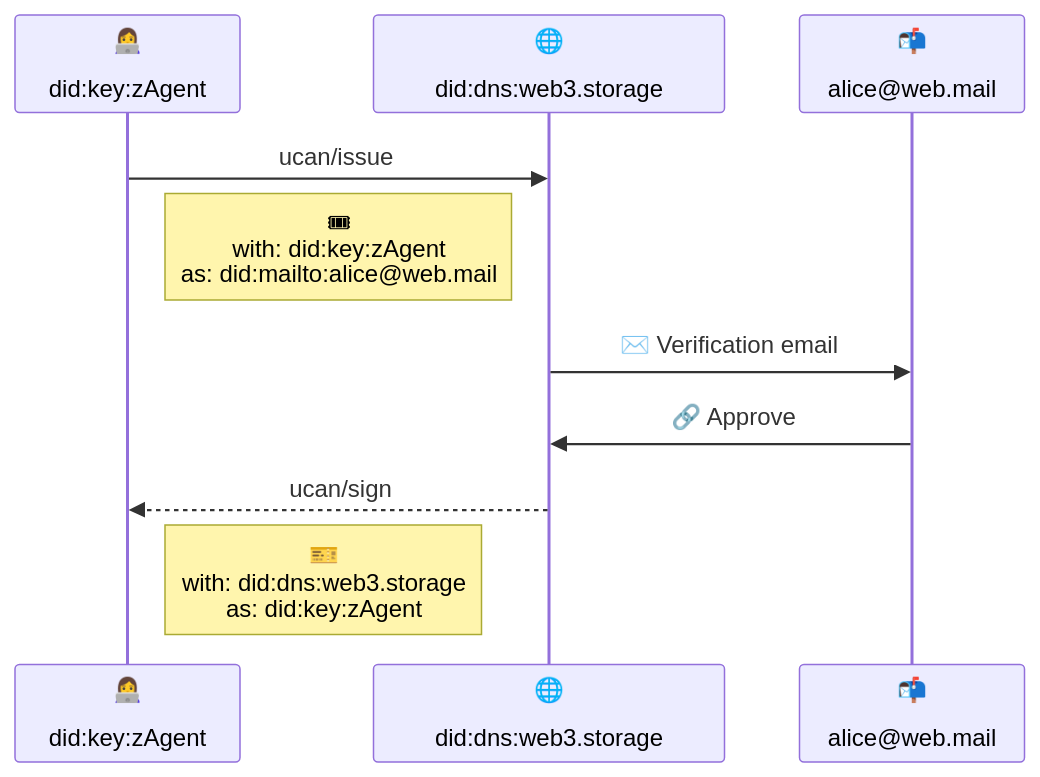
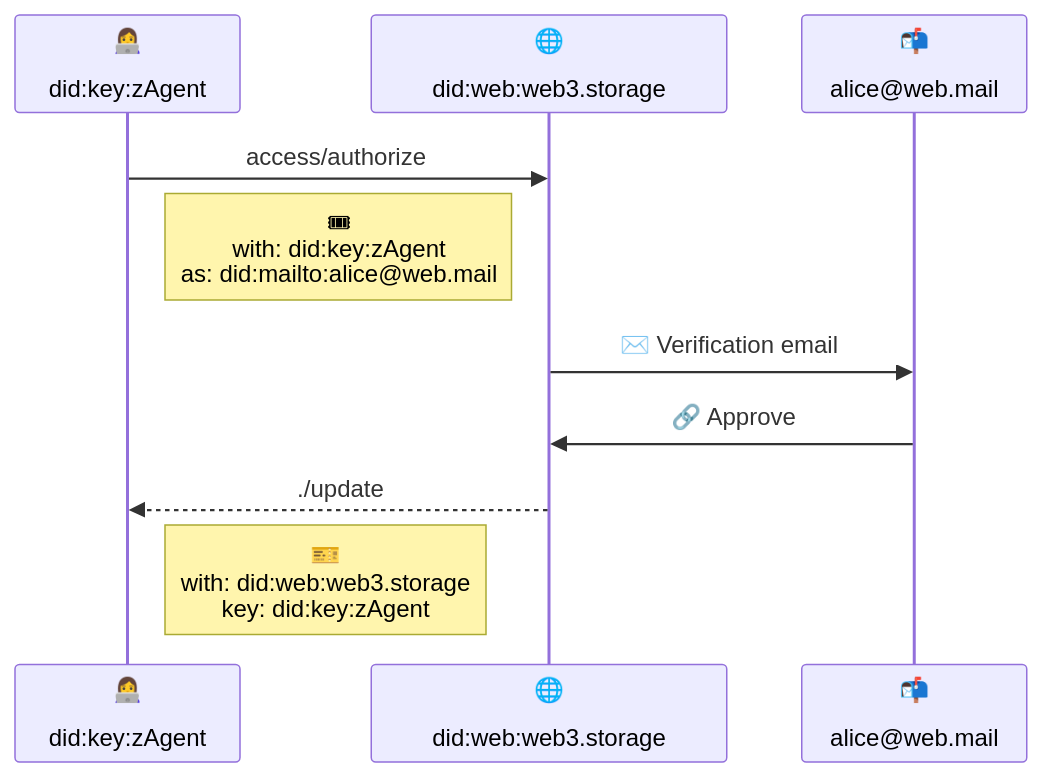
Before and after one commit to storacha/specs: the diagram in w3-account.md, drawn with Mermaid. The commit also changed other lines of this file, not shown here.

````diff
--- a/w3-account.md
+++ b/w3-account.md
@@ -34,13 +36,13 @@
 ```mermaid
 sequenceDiagram
   participant Agent as 👩‍💻<br/><br/>did:key:zAgent
-  participant W3 as 🌐<br/><br/>did:dns:web3.storage #32;
+  participant W3 as 🌐<br/><br/>did:web:web3.storage #32;
   participant Email as 📬<br/><br/>alice@web.mail
 
-  Agent ->> W3: ucan/issue
+  Agent ->> W3: access/authorize
   Note right of Agent:🎟<br/>with: did:key:zAgent<br/>as: did:mailto:alice@web.mail
   W3 ->> Email: ✉️ Verification email
   Email ->> W3: 🔗 Approve
-  W3 -->> Agent: ucan/sign
-    Note right of Agent:🎫<br/>with: did:dns:web3.storage<br/>as: did:key:zAgent
+  W3 -->> Agent: ./update
+    Note right of Agent:🎫<br/>with: did:web:web3.storage<br/>key: did:key:zAgent
 ```
````
